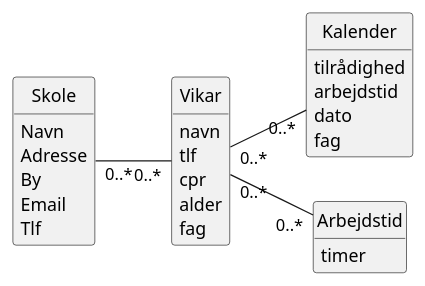
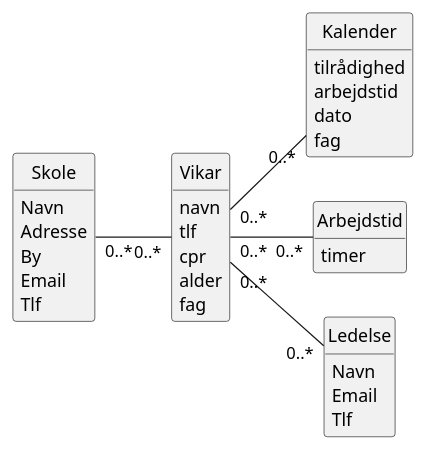
The diagram in LærerVikaren/LaererVikarDomainModel.plantuml (FilipMeldal/Team1A), drawn with PlantUML before and after one commit.

```diff
--- a/LærerVikaren/LaererVikarDomainModel.plantuml
+++ b/LærerVikaren/LaererVikarDomainModel.plantuml
@@ -1,48 +1,55 @@
 @startuml
 hide circle
 hide method
 left to right direction
 
 
 Vikar "0..*" -- "0..*" Kalender
 Skole "0..*" -- "0..*" Vikar
 Vikar "0..*" -- "0..*" Arbejdstid
+Vikar "0..*" -- "0..*" Ledelse
 
 
 Class Vikar 
 {
     navn
     tlf
     cpr
     alder
     fag
 }
 
 
 Class Kalender 
 {
     tilrådighed
     arbejdstid
     dato
     fag
 }
 
 Class Arbejdstid
 {
     timer
 }
 
 
 Class Skole
 {
     Navn
     Adresse
     By
     Email
     Tlf
 }
+Class Ledelse
+{
+    Navn
+    Email
+    Tlf
+}
 
 
 
 
 @enduml
```
